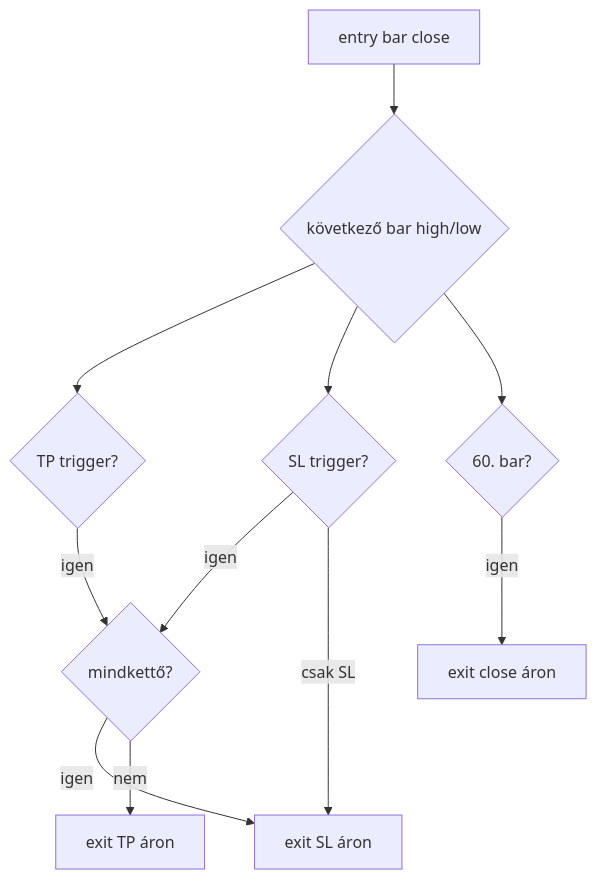
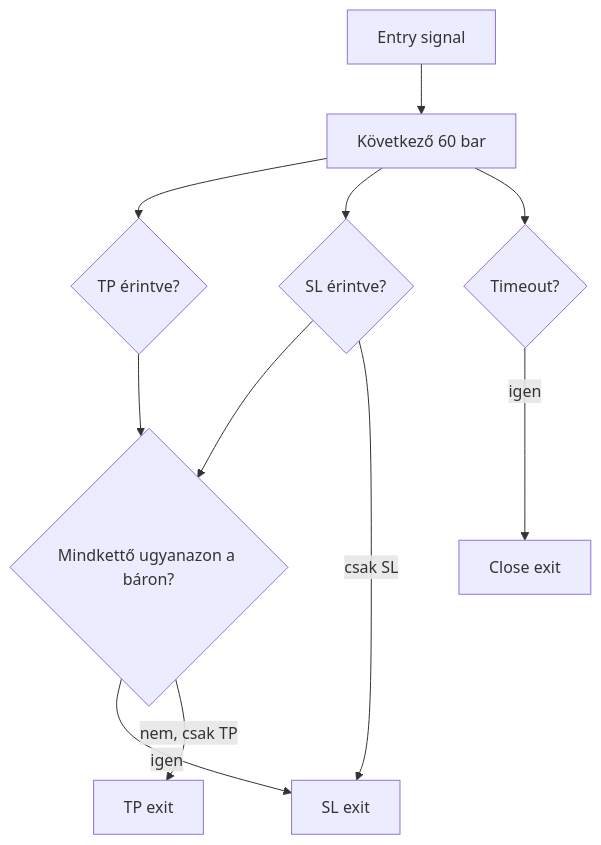
Before and after one commit to Nemesis14/chronoquant: the fourth of 5 diagrams in _doc_/methodology_doc/6300_strategy_grid_search.md, drawn with Mermaid. The commit also changed other lines of this file and 1415 other files, not shown here.

````diff
--- a/_doc_/methodology_doc/6300_strategy_grid_search.md
+++ b/_doc_/methodology_doc/6300_strategy_grid_search.md
@@ -90,23 +58,22 @@
 ```mermaid
 flowchart TD
-  ENTRY[entry bar close]
-  CHECK{következő bar high/low}
-  TP_HIT{TP trigger?}
-  SL_HIT{SL trigger?}
-  BOTH{mindkettő?}
-  TIMEOUT{60. bar?}
-  EXIT_TP[exit TP áron]
-  EXIT_SL[exit SL áron]
-  EXIT_CLOSE[exit close áron]
+  ENTRY[Entry signal]
+  WINDOW[Következő 60 bar]
+  TP{TP érintve?}
+  SL{SL érintve?}
+  BOTH{Mindkettő ugyanazon a báron?}
+  TO{Timeout?}
+  RTP[TP exit]
+  RSL[SL exit]
+  RTO[Close exit]
 
-  ENTRY --> CHECK
-  CHECK --> TP_HIT
-  CHECK --> SL_HIT
-  TP_HIT -- igen --> BOTH
-  SL_HIT -- igen --> BOTH
-  BOTH -- igen --> EXIT_SL
-  BOTH -- nem --> EXIT_TP
-  SL_HIT -- csak SL --> EXIT_SL
-  TIMEOUT -- igen --> EXIT_CLOSE
-  CHECK --> TIMEOUT
+  ENTRY --> WINDOW --> TP
+  WINDOW --> SL
+  TP --> BOTH
+  SL --> BOTH
+  BOTH -- igen --> RSL
+  BOTH -- nem, csak TP --> RTP
+  SL -- csak SL --> RSL
+  WINDOW --> TO
+  TO -- igen --> RTO
 ```
````
